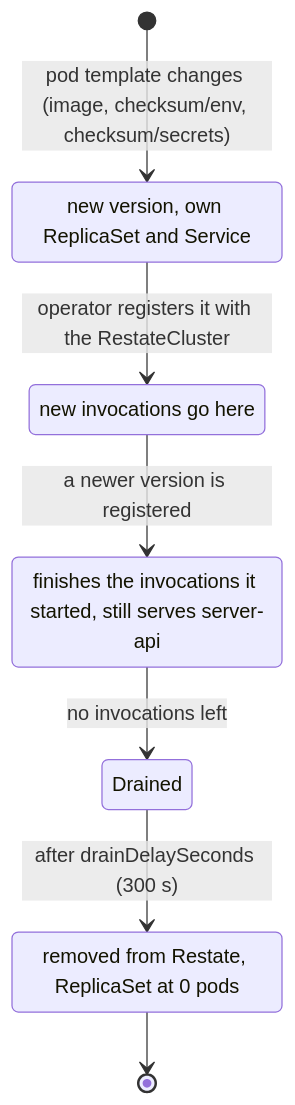
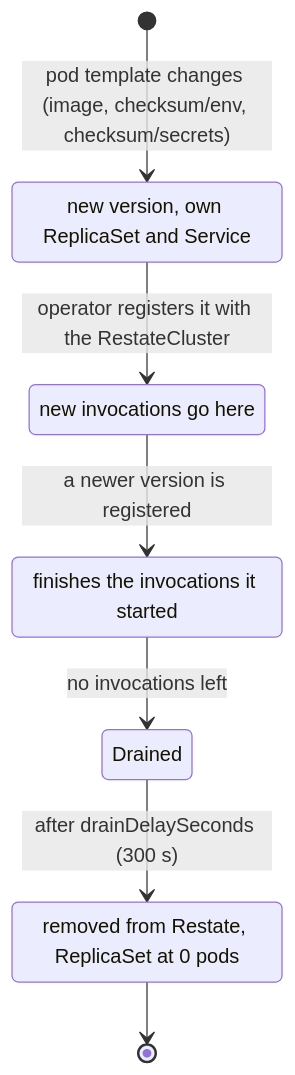
One commit to shopnexus/docs changed the third of 3 diagrams in web/src/content/docs/en/operations/cluster/data.mdx. Above: the diagram before and after it, drawn with Mermaid. The commit also changed other lines of this file and 105 other files, not shown here.

````diff
--- a/web/src/content/docs/en/operations/cluster/data.mdx
+++ b/web/src/content/docs/en/operations/cluster/data.mdx
@@ -154,13 +154,13 @@
 ```mermaid title="A server release under restate-operator"
 stateDiagram-v2
   [*] --> Latest: pod template changes (image, checksum/env, checksum/secrets)
   Latest: new version, own ReplicaSet and Service
   Latest --> Registered: operator registers it with the RestateCluster
   Registered: new invocations go here
   Registered --> Draining: a newer version is registered
-  Draining: finishes the invocations it started, still serves server-api
+  Draining: finishes the invocations it started
   Draining --> Drained: no invocations left
   Drained --> ScaledToZero: after drainDelaySeconds (300 s)
   ScaledToZero: removed from Restate, ReplicaSet at 0 pods
   ScaledToZero --> [*]
 ```
````
